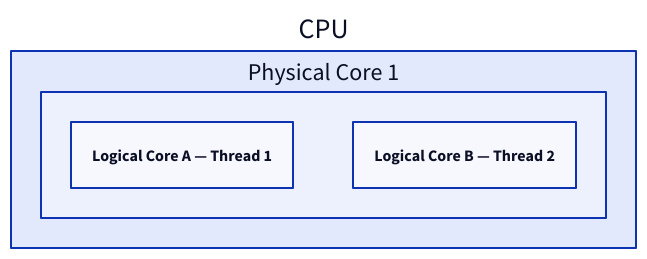
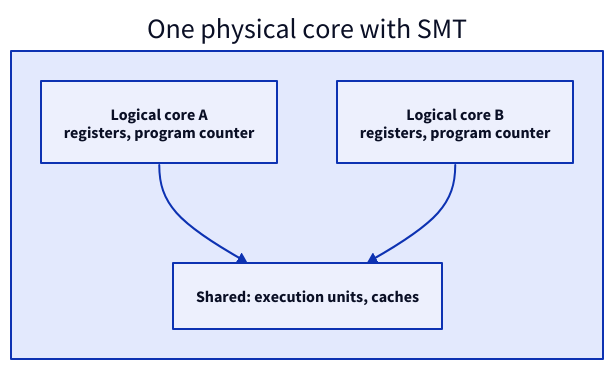
Before and after one commit to ani2fun/low-level-design-guide: the second of 4 diagrams in 06-multithreading-concurrency/01-basics-of-multithreading-concurrency.md, drawn with D2. The commit also changed other lines of this file and 5 other files, not shown here.

````diff
--- a/06-multithreading-concurrency/01-basics-of-multithreading-concurrency.md
+++ b/06-multithreading-concurrency/01-basics-of-multithreading-concurrency.md
@@ -116,8 +142,9 @@
 ```d2
-cpu: "CPU" {
-  core1: "Physical Core 1" {
-    logical1: "Logical Core A — Thread 1" { shape: rectangle }
-    logical2: "Logical Core B — Thread 2" { shape: rectangle }
-  }
+cpu: "One physical core with SMT" {
+  a: "Logical core A\nregisters, program counter" { shape: rectangle }
+  b: "Logical core B\nregisters, program counter" { shape: rectangle }
+  units: "Shared: execution units, caches" { shape: rectangle }
+  a -> units
+  b -> units
 }
 ```
````
